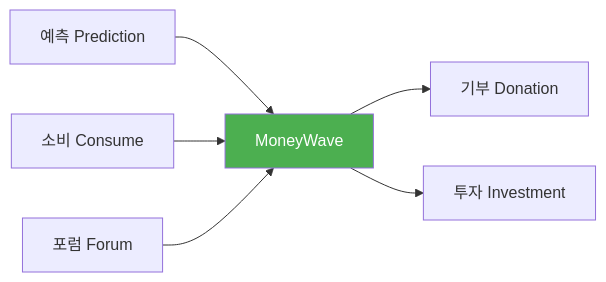
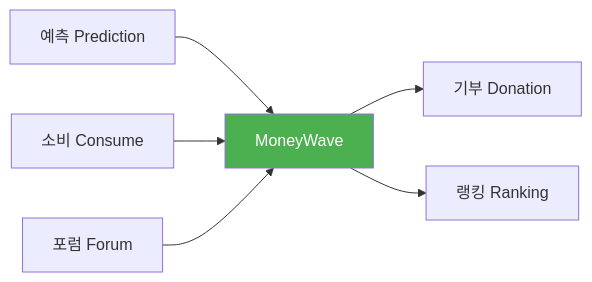
The first of 4 diagrams in README.md (positivemultiplier/posmul), drawn with Mermaid before and after one commit. The commit also changed other lines of this file and 63 other files, not shown here.

````diff
--- a/README.md
+++ b/README.md
@@ -37,10 +37,10 @@
 ```mermaid
 graph LR
     A[예측 Prediction] --> D[MoneyWave]
     B[소비 Consume] --> D
     C[포럼 Forum] --> D
     D --> E[기부 Donation]
-    D --> F[투자 Investment]
+    D --> F[랭킹 Ranking]
     
     style D fill:#4CAF50,color:#fff
 ```
````
